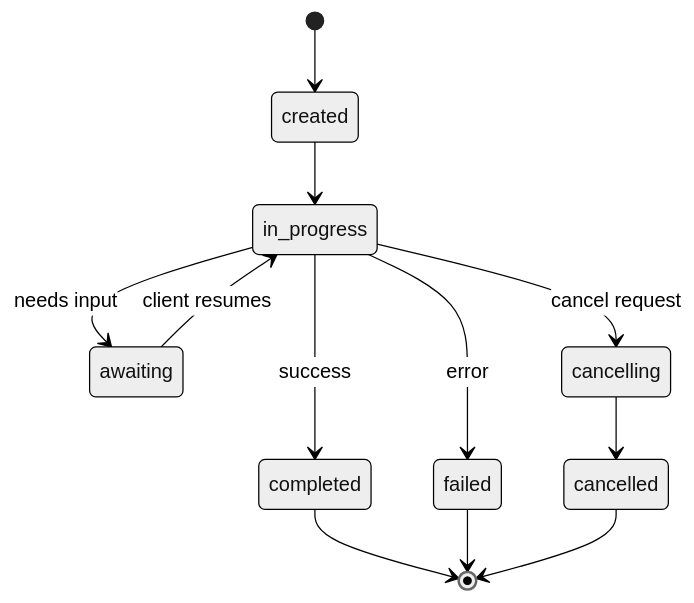
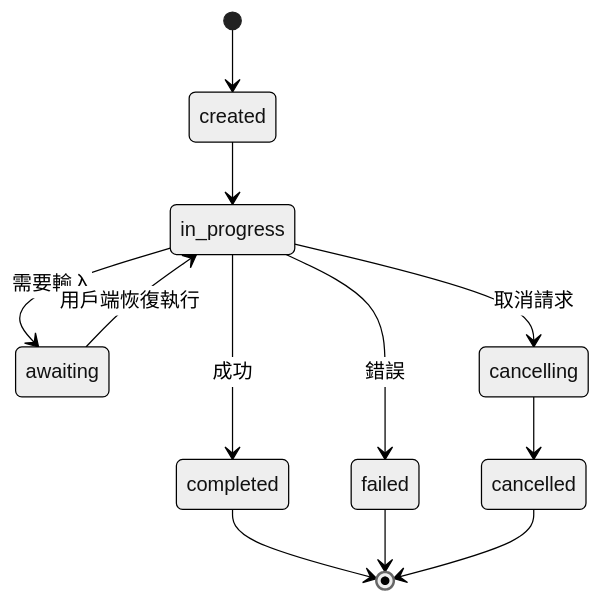
Before and after one commit to edward821220/ai-engineering-from-scratch: the seventh of 13 diagrams in i18n/zh-TW/phases/16-multi-agent-and-swarms/03-communication-protocols/docs/zh-TW.md, drawn with Mermaid (neutral theme). The commit also changed other lines of this file and 43 other files, not shown here.

````diff
--- a/i18n/zh-TW/phases/16-multi-agent-and-swarms/03-communication-protocols/docs/zh-TW.md
+++ b/i18n/zh-TW/phases/16-multi-agent-and-swarms/03-communication-protocols/docs/zh-TW.md
@@ -337,15 +337,15 @@
 ```mermaid
 stateDiagram-v2
     [*] --> created
     created --> in_progress
-    in_progress --> completed: success
-    in_progress --> failed: error
-    in_progress --> awaiting: needs input
-    awaiting --> in_progress: client resumes
-    in_progress --> cancelling: cancel request
+    in_progress --> completed: 成功
+    in_progress --> failed: 錯誤
+    in_progress --> awaiting: 需要輸入
+    awaiting --> in_progress: 用戶端恢復執行
+    in_progress --> cancelling: 取消請求
     cancelling --> cancelled
 
     completed --> [*]
     failed --> [*]
     cancelled --> [*]
 ```
````
